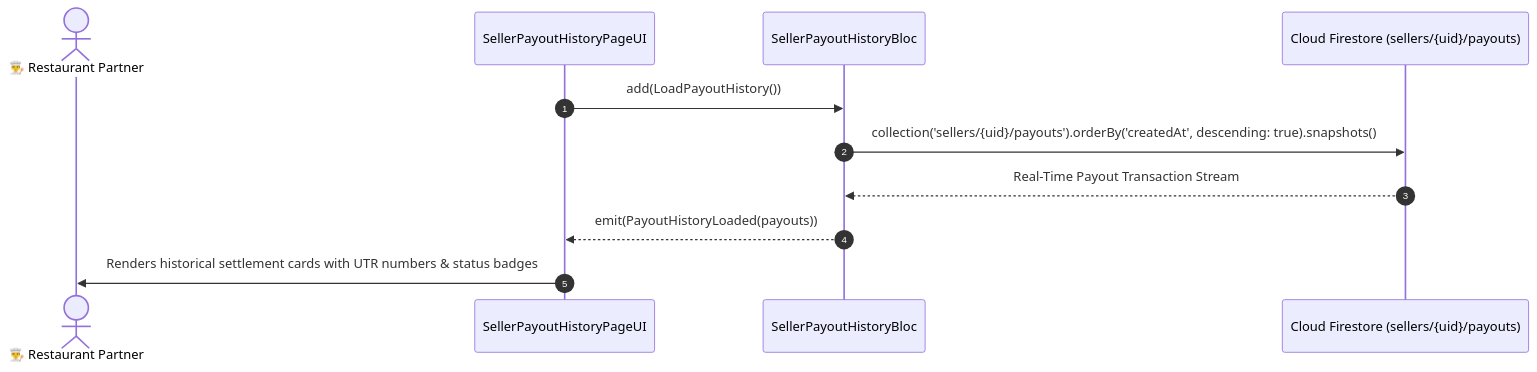
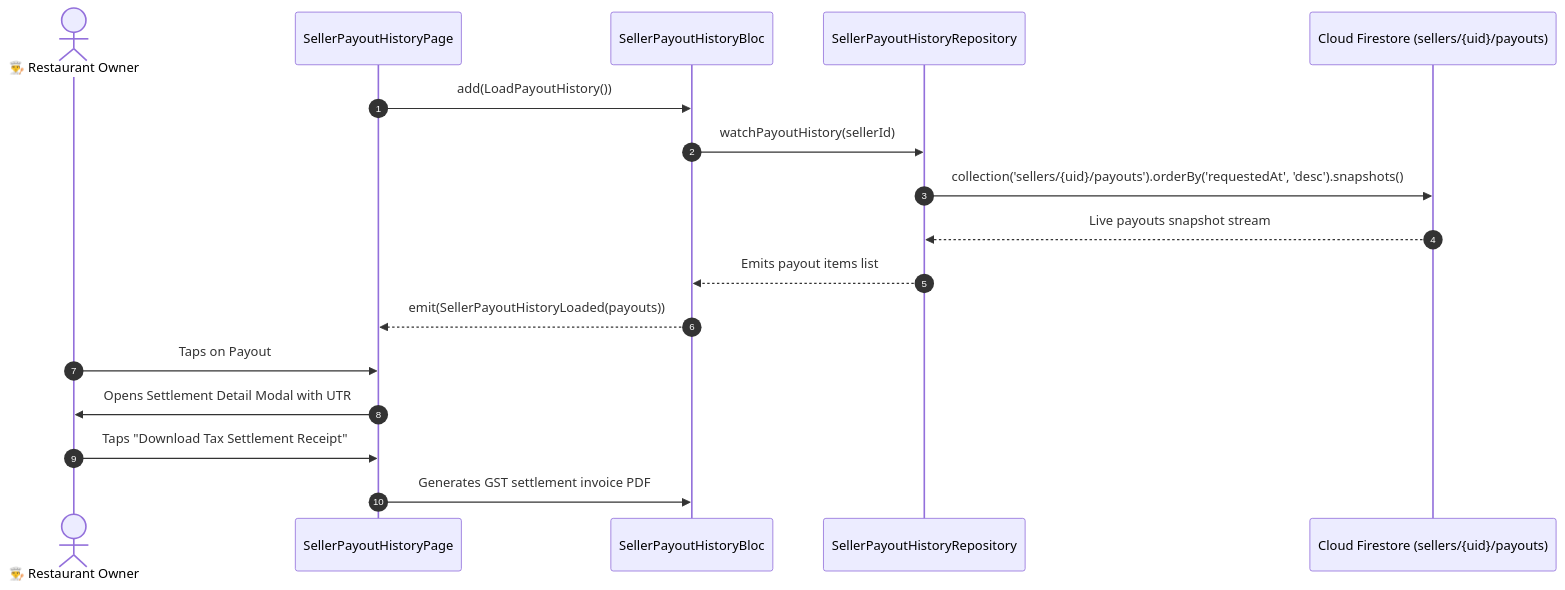
One commit to SRIKUMAR10/food_delivery_app changed the diagram in md_files/04_Seller_Human_Journey_And_Testing/07_Finance_Payouts_Analytics_And_Settings/27_SELLER_PAYOUT_HISTORY_PAGE.md. Above: the diagram before and after it, drawn with Mermaid. The commit also changed other lines of this file and 204 other files, not shown here.

````diff
--- a/md_files/04_Seller_Human_Journey_And_Testing/07_Finance_Payouts_Analytics_And_Settings/27_SELLER_PAYOUT_HISTORY_PAGE.md
+++ b/md_files/04_Seller_Human_Journey_And_Testing/07_Finance_Payouts_Analytics_And_Settings/27_SELLER_PAYOUT_HISTORY_PAGE.md
@@ -16,14 +16,20 @@
 ```mermaid
 sequenceDiagram
     autonumber
-    actor Seller as 👨‍🍳 Restaurant Partner
-    participant UI as SellerPayoutHistoryPageUI
+    actor Seller as 👨‍🍳 Restaurant Owner
+    participant UI as SellerPayoutHistoryPage
     participant Bloc as SellerPayoutHistoryBloc
+    participant Repo as SellerPayoutHistoryRepository
     participant FS as Cloud Firestore (sellers/{uid}/payouts)
 
     UI->>Bloc: add(LoadPayoutHistory())
-    Bloc->>FS: collection('sellers/{uid}/payouts').orderBy('createdAt', descending: true).snapshots()
-    FS-->>Bloc: Real-Time Payout Transaction Stream
-    Bloc-->>UI: emit(PayoutHistoryLoaded(payouts))
-    UI->>Seller: Renders historical settlement cards with UTR numbers & status badges
+    Bloc->>Repo: watchPayoutHistory(sellerId)
+    Repo->>FS: collection('sellers/{uid}/payouts').orderBy('requestedAt', 'desc').snapshots()
+    FS-->>Repo: Live payouts snapshot stream
+    Repo-->>Bloc: Emits payout items list
+    Bloc-->>UI: emit(SellerPayoutHistoryLoaded(payouts))
+    Seller->>UI: Taps on Payout #PAY-88219 (₹15,000)
+    UI->>Seller: Opens Settlement Detail Modal with UTR #HDFC00982173
+    Seller->>UI: Taps "Download Tax Settlement Receipt"
+    UI->>Bloc: Generates GST settlement invoice PDF
 ```
````
